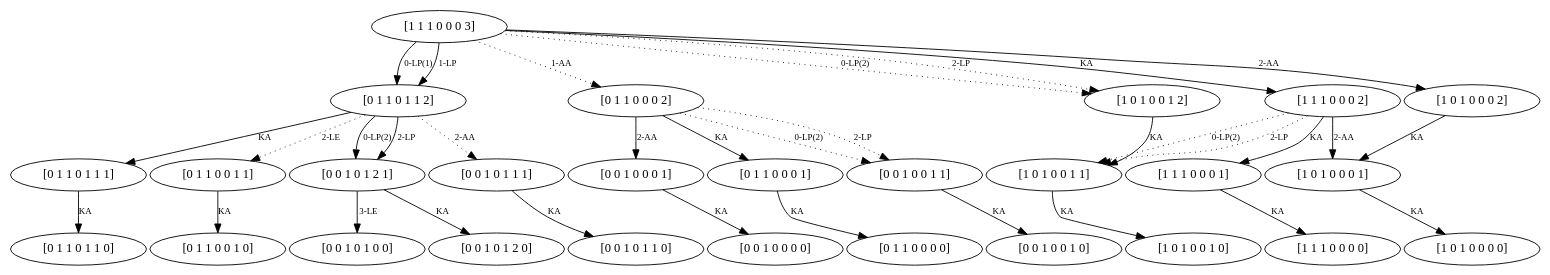
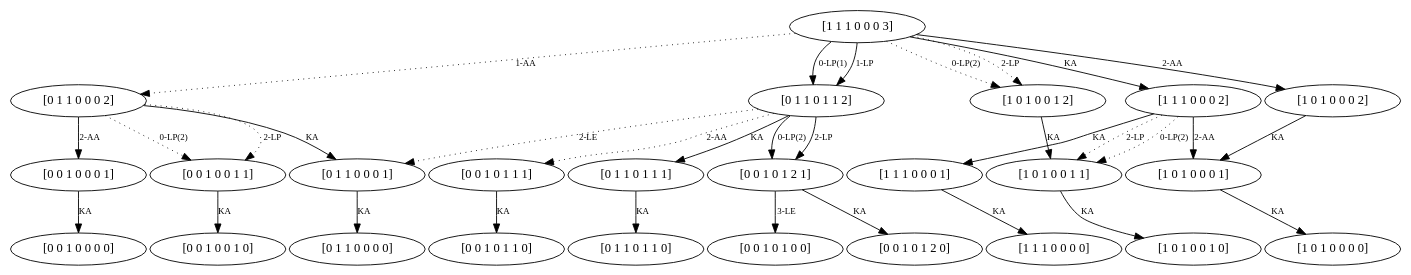
One commit to rb4k/MA-DP changed the diagram in Bilder/beispiel9.gv. Above: the diagram before and after it, drawn with Graphviz. The commit also changed 14 other files, not shown here.

```diff
--- a/Bilder/beispiel9.gv
+++ b/Bilder/beispiel9.gv
@@ -1,7 +1,7 @@
 digraph  {
 	graph [ratio="compress",margin=0,nodesep=0.05];
 	node [label="\N"];
-	edge [fontsize=10]
+	edge [fontsize=10];
 	520	 [capacity="[0 1 1]",
 		label="[0 1 1 0 1 1 0]",
 		stock="[0 1 1]",
@@ -33,13 +33,13 @@
 time=2,
 weight=0,
 weight_goal=0.0];
-533 [capacity="[0 1 1]",
-label="[0 1 1 0 0 1 1]",
-stock="[0 0 1]",
+537 [capacity="[0 1 1]",
+label="[0 1 1 0 0 0 1]",
+stock="[0 0 0]",
 time=1,
 value=0.0];
-522 -> 533 [key=2,
-goal="[0 1 1 0 0 1 1]",
+522 -> 537 [key="2-LE",
+goal="[0 1 1 0 0 0 1]",
 label="2-LE",
 modus=LE,
 revenue=0,
@@ -52,17 +52,17 @@
 stock="[0 1 2]",
 time=1,
 value=1500.0];
-522 -> 733 [key=0,
+522 -> 733 [key="2-LP",
 goal="[0 0 1 0 1 2 1]",
-label="0-LP(2)",
+label="2-LP",
 modus=LP,
 revenue=0,
 time=2,
 weight=1500.0,
 weight_goal=1500.0];
-522 -> 733 [key=2,
+522 -> 733 [key="0-LP(2)",
 goal="[0 0 1 0 1 2 1]",
-label="2-LP",
+label="0-LP(2)",
 modus=LP,
 revenue=0,
 time=2,
@@ -73,7 +73,7 @@
 stock="[0 1 1]",
 time=1,
 value=0.0];
-522 -> 737 [key=2,
+522 -> 737 [key="2-AA",
 goal="[0 0 1 0 1 1 1]",
 label="2-AA",
 modus=AA,
@@ -82,28 +82,10 @@
 time=2,
 weight=0,
 weight_goal=0.0];
-532 [capacity="[0 1 1]",
-label="[0 1 1 0 0 1 0]",
-stock="[0 0 1]",
-time=0,
-value=0.0];
-533 -> 532 [key=KA,
-goal="[0 1 1 0 0 1 0]",
-label=KA,
-modus=KA,
-revenue=0,
-time=1,
-weight=0,
-weight_goal=0.0];
 536 [capacity="[0 1 1]",
 label="[0 1 1 0 0 0 0]",
 stock="[0 0 0]",
 time=0,
-value=0.0];
-537 [capacity="[0 1 1]",
-label="[0 1 1 0 0 0 1]",
-stock="[0 0 0]",
-time=1,
 value=0.0];
 537 -> 536 [key=KA,
 goal="[0 1 1 0 0 0 0]",
@@ -131,18 +113,18 @@
 stock="[0 0 1]",
 time=1,
 value=0.0];
-538 -> 749 [key=0,
+538 -> 749 [key="2-LP",
 goal="[0 0 1 0 0 1 1]",
-label="0-LP(2)",
+label="2-LP",
 modus=LP,
 revenue=0,
 style=dotted,
 time=2,
 weight=0,
 weight_goal=0.0];
-538 -> 749 [key=2,
+538 -> 749 [key="0-LP(2)",
 goal="[0 0 1 0 0 1 1]",
-label="2-LP",
+label="0-LP(2)",
 modus=LP,
 revenue=0,
 style=dotted,
@@ -154,7 +136,7 @@
 stock="[0 0 0]",
 time=1,
 value=0.0];
-538 -> 753 [key=2,
+538 -> 753 [key="2-AA",
 goal="[0 0 1 0 0 0 1]",
 label="2-AA",
 modus=AA,
@@ -242,7 +224,7 @@
 stock="[0 1 0]",
 time=0,
 value=0.0];
-733 -> 740 [key=3,
+733 -> 740 [key="3-LE",
 goal="[0 0 1 0 1 0 0]",
 label="3-LE",
 modus=LE,
@@ -286,7 +268,16 @@
 stock="[0 0 0]",
 time=2,
 value=60.0];
-106 -> 317 [key=0,
+106 -> 317 [key="2-LP",
+goal="[1 0 1 0 0 1 1]",
+label="2-LP",
+modus=LP,
+revenue=0,
+style=dotted,
+time=2,
+weight=0,
+weight_goal=0.0];
+106 -> 317 [key="0-LP(2)",
 goal="[1 0 1 0 0 1 1]",
 label="0-LP(2)",
 modus=LP,
@@ -295,16 +286,7 @@
 time=2,
 weight=0,
 weight_goal=0.0];
-106 -> 317 [key=2,
-goal="[1 0 1 0 0 1 1]",
-label="2-LP",
-modus=LP,
-revenue=0,
-style=dotted,
-time=2,
-weight=0,
-weight_goal=0.0];
-106 -> 321 [key=2,
+106 -> 321 [key="2-AA",
 goal="[1 0 1 0 0 0 1]",
 label="2-AA",
 modus=AA,
@@ -325,7 +307,15 @@
 stock="[0 0 0]",
 time=3,
 value=498.0];
-107 -> 522 [key=0,
+107 -> 522 [key="1-LP",
+goal="[0 1 1 0 1 1 2]",
+label="1-LP",
+modus=LP,
+revenue=0,
+time=3,
+weight=990.0,
+weight_goal=1050.0];
+107 -> 522 [key="0-LP(1)",
 goal="[0 1 1 0 1 1 2]",
 label="0-LP(1)",
 modus=LP,
@@ -333,15 +323,7 @@
 time=3,
 weight=990.0,
 weight_goal=1050.0];
-107 -> 522 [key=1,
-goal="[0 1 1 0 1 1 2]",
-label="1-LP",
-modus=LP,
-revenue=0,
-time=3,
-weight=990.0,
-weight_goal=1050.0];
-107 -> 538 [key=1,
+107 -> 538 [key="1-AA",
 goal="[0 1 1 0 0 0 2]",
 label="1-AA",
 modus=AA,
@@ -350,7 +332,16 @@
 time=3,
 weight=0,
 weight_goal=60.0];
-107 -> 318 [key=0,
+107 -> 318 [key="2-LP",
+goal="[1 0 1 0 0 1 2]",
+label="2-LP",
+modus=LP,
+revenue=0,
+style=dotted,
+time=3,
+weight=0,
+weight_goal=0.0];
+107 -> 318 [key="0-LP(2)",
 goal="[1 0 1 0 0 1 2]",
 label="0-LP(2)",
 modus=LP,
@@ -359,16 +350,7 @@
 time=3,
 weight=0,
 weight_goal=0.0];
-107 -> 318 [key=2,
-goal="[1 0 1 0 0 1 2]",
-label="2-LP",
-modus=LP,
-revenue=0,
-style=dotted,
-time=3,
-weight=0,
-weight_goal=0.0];
-107 -> 322 [key=2,
+107 -> 322 [key="2-AA",
 goal="[1 0 1 0 0 0 2]",
 label="2-AA",
 modus=AA,
```
